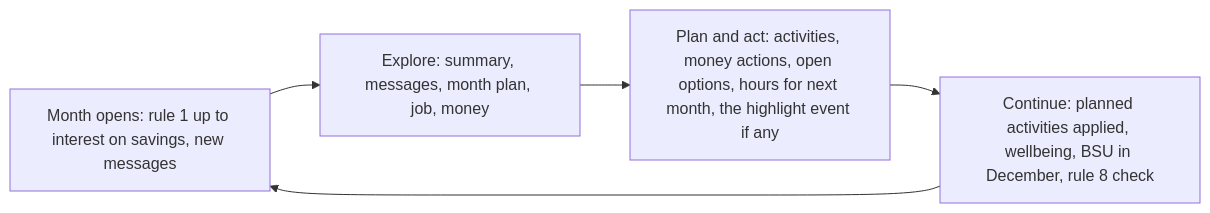
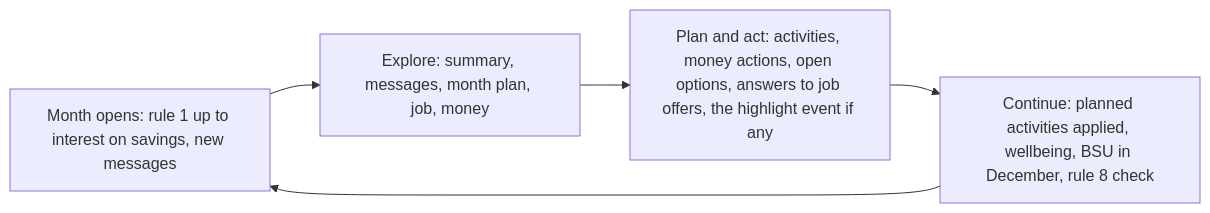
One commit to IBE160-2026/G13-dahl-eggen-naess-ring changed the second of 2 diagrams in .docs/planning-artifacts/prds/prd-IBE160-G13-2026-10-22/prd.md. Above: the diagram before and after it, drawn with Mermaid. The commit also changed other lines of this file and 2 other files, not shown here.

````diff
--- a/.docs/planning-artifacts/prds/prd-IBE160-G13-2026-10-22/prd.md
+++ b/.docs/planning-artifacts/prds/prd-IBE160-G13-2026-10-22/prd.md
@@ -585,7 +586,7 @@
 ```mermaid
 flowchart LR
     A["Month opens: rule 1 up to interest on savings, new messages"] --> B["Explore: summary, messages, month plan, job, money"]
-    B --> C["Plan and act: activities, money actions, open options, hours for next month, the highlight event if any"]
+    B --> C["Plan and act: activities, money actions, open options, answers to job offers, the highlight event if any"]
     C --> D["Continue: planned activities applied, wellbeing, BSU in December, rule 8 check"]
     D --> A
 ```
````
